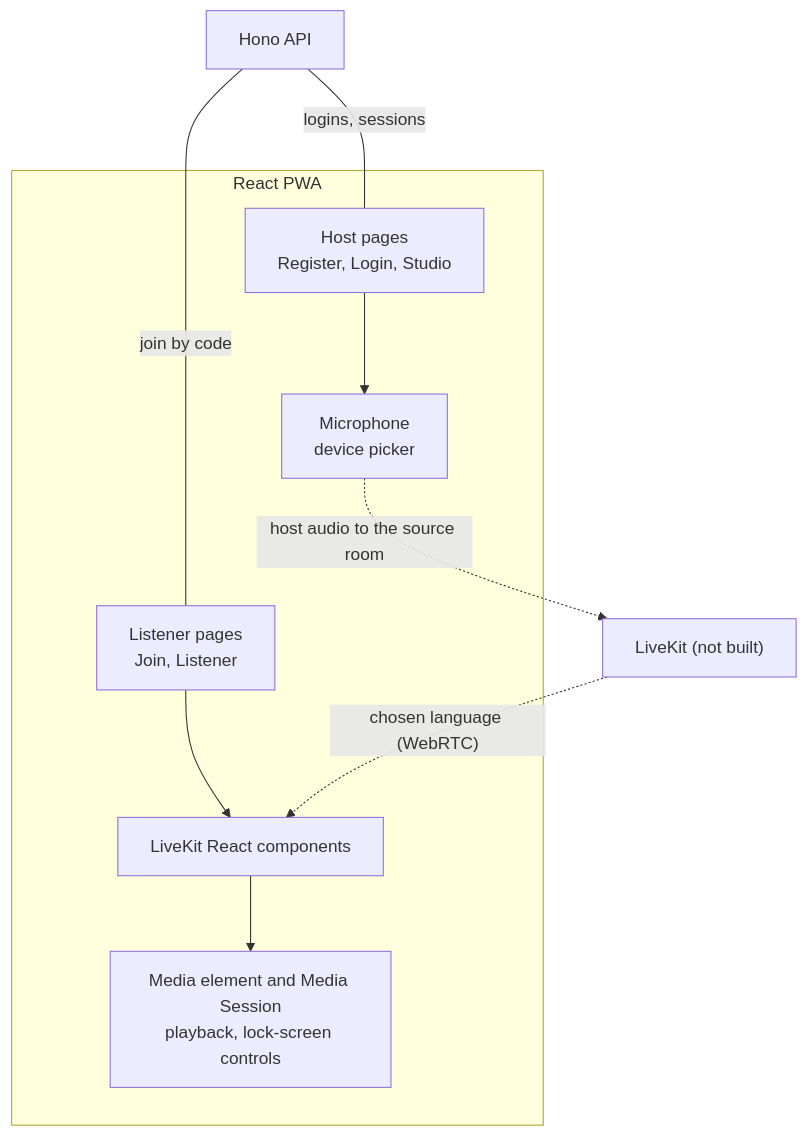
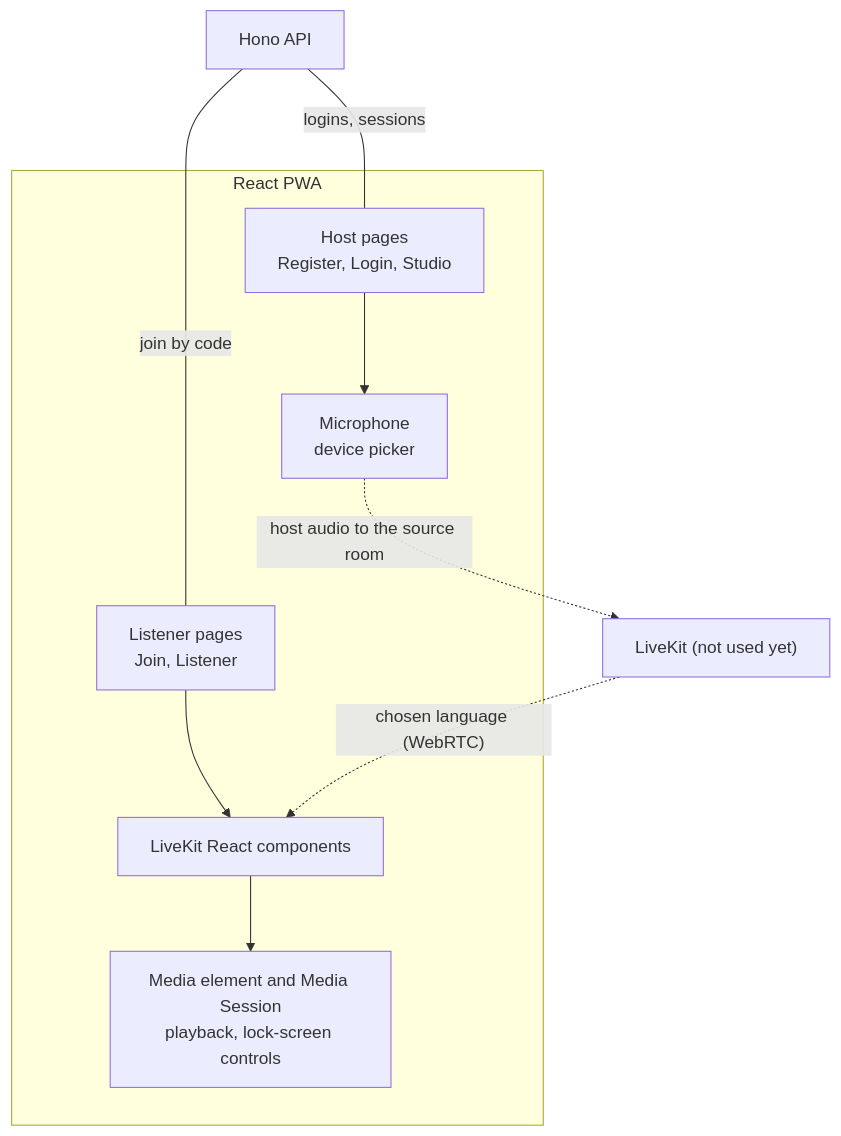
One commit to WH1TE-SHAD0W/ai-dubbing-studio changed the first of 8 diagrams in docs/architecture-layers.md. Above: the diagram before and after it, drawn with Mermaid. The commit also changed other lines of this file and 5 other files, not shown here.

First line of the commit message:
docs: the LiveKit server runs in Compose, but nothing uses it yet

````diff
--- a/docs/architecture-layers.md
+++ b/docs/architecture-layers.md
@@ -15,23 +15,23 @@
 ```mermaid
 %%{init: {"flowchart": {"nodeSpacing": 90, "rankSpacing": 70}}}%%
 flowchart TB
   API["Hono API"]
 
   subgraph App["React PWA"]
     Host["Host pages<br/>Register, Login, Studio"]
     Listener["Listener pages<br/>Join, Listener"]
     Mic["Microphone<br/>device picker"]
     LK["LiveKit React components"]
     Player["Media element and Media Session<br/>playback, lock-screen controls"]
   end
 
-  SFU["LiveKit (not built)"]
+  SFU["LiveKit (not used yet)"]
 
   API -- "logins, sessions" --- Host
   API -- "join by code" --- Listener
   Host --> Mic
   Listener --> LK
   LK --> Player
   Mic -. "host audio to the source room" .-> SFU
   SFU -. "chosen language (WebRTC)" .-> LK
 ```
````
